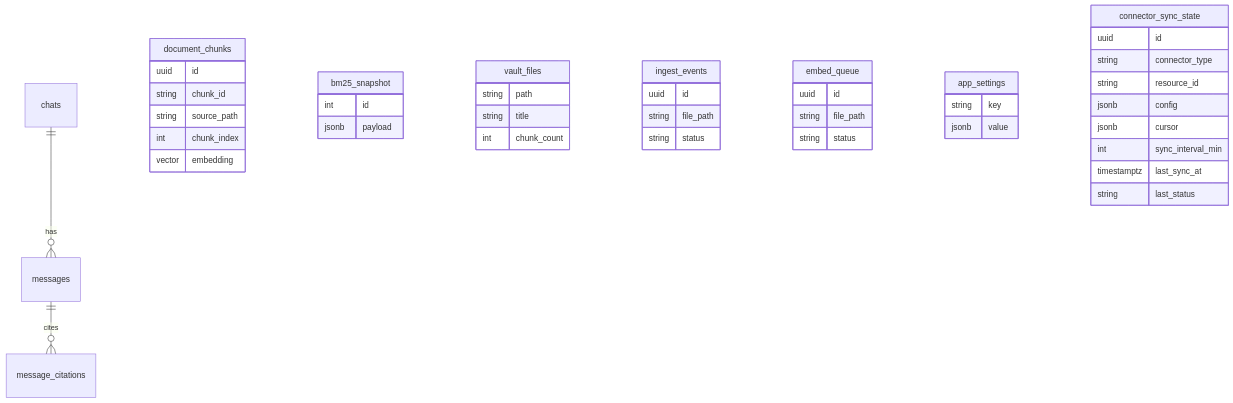
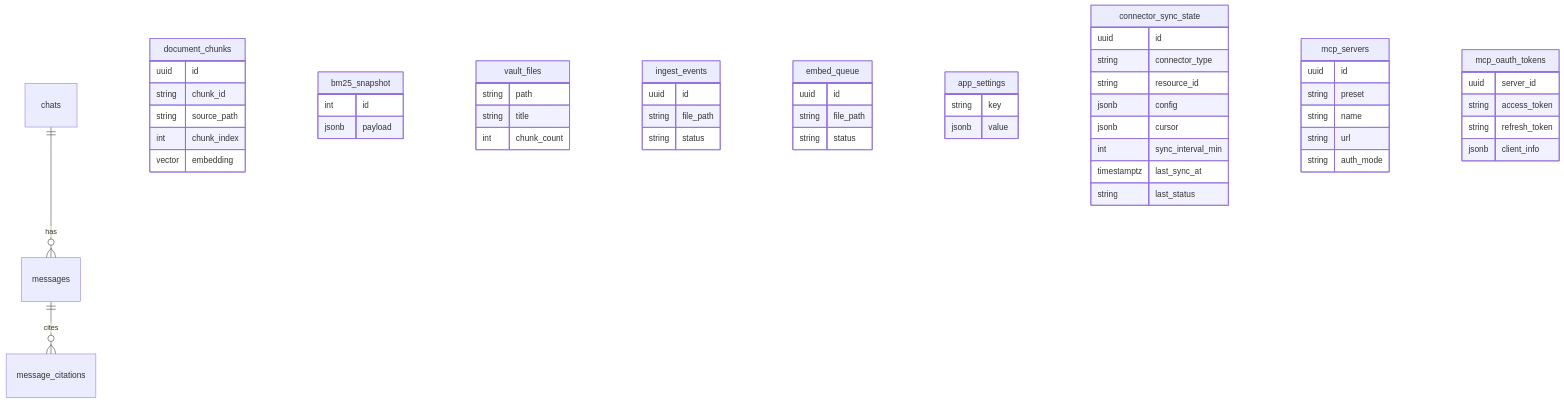
Before and after one commit to vampokala/Second-Brain-App: the fifth of 5 diagrams in Docs/ARCHITECTURE.md, drawn with Mermaid. The commit also changed other lines of this file and 150 other files, not shown here.

````diff
--- a/Docs/ARCHITECTURE.md
+++ b/Docs/ARCHITECTURE.md
@@ -116,45 +129,58 @@
 ```mermaid
 erDiagram
   chats ||--o{ messages : has
   messages ||--o{ message_citations : cites
   document_chunks {
     uuid id
     string chunk_id
     string source_path
     int chunk_index
     vector embedding
   }
   bm25_snapshot {
     int id
     jsonb payload
   }
   vault_files {
     string path
     string title
     int chunk_count
   }
   ingest_events {
     uuid id
     string file_path
     string status
   }
   embed_queue {
     uuid id
     string file_path
     string status
   }
   app_settings {
     string key
     jsonb value
   }
   connector_sync_state {
     uuid id
     string connector_type
     string resource_id
     jsonb config
     jsonb cursor
     int sync_interval_min
     timestamptz last_sync_at
     string last_status
   }
+  mcp_servers {
+    uuid id
+    string preset
+    string name
+    string url
+    string auth_mode
+  }
+  mcp_oauth_tokens {
+    uuid server_id
+    string access_token
+    string refresh_token
+    jsonb client_info
+  }
 ```
````
